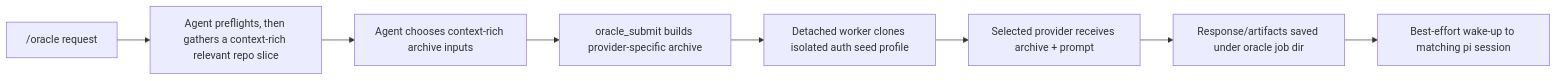
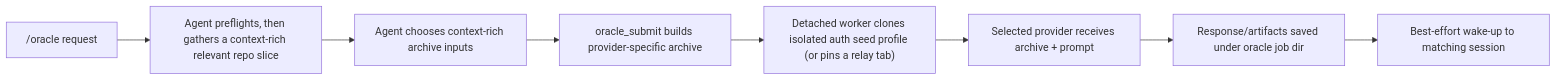
One commit to alphastorm/omp-oracle changed the diagram in README.md. Above: the diagram before and after it, drawn with Mermaid. The commit also changed other lines of this file and 25 other files, not shown here.

````diff
--- a/README.md
+++ b/README.md
@@ -161,10 +171,10 @@
 ```mermaid
 flowchart LR
     A["/oracle request"] --> B["Agent preflights, then gathers a context-rich relevant repo slice"]
     B --> C["Agent chooses context-rich archive inputs"]
     C --> D["oracle_submit builds provider-specific archive"]
-    D --> E["Detached worker clones isolated auth seed profile"]
+    D --> E["Detached worker clones isolated auth seed profile (or pins a relay tab)"]
     E --> F["Selected provider receives archive + prompt"]
     F --> G["Response/artifacts saved under oracle job dir"]
-    G --> H["Best-effort wake-up to matching pi session"]
+    G --> H["Best-effort wake-up to matching session"]
 ```
````
